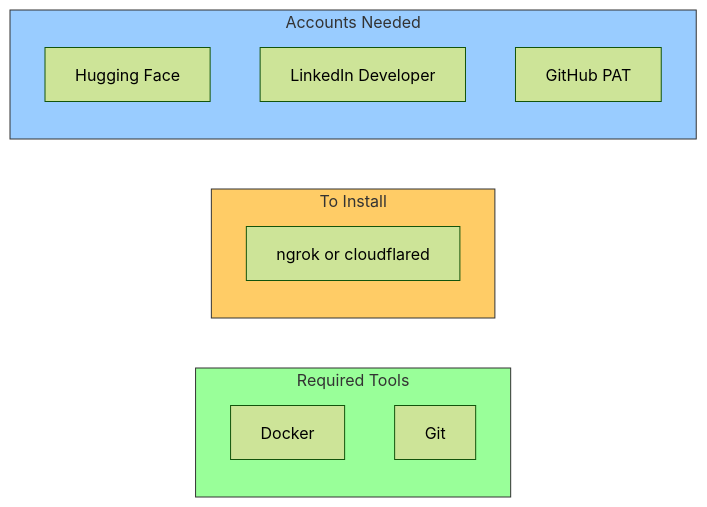
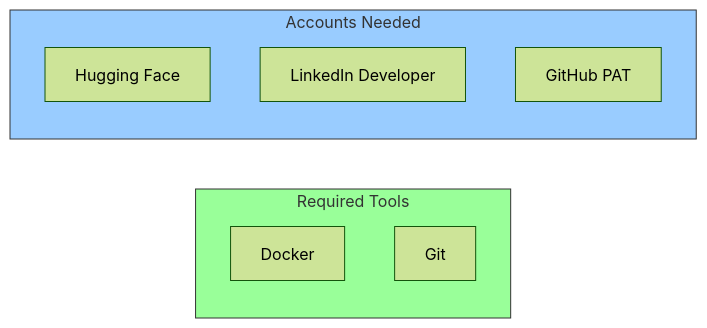
Before and after one commit to thatsmeadarsh/n8n-powered-auto-web-publish: the first of 2 diagrams in docs/setup-guide.md, drawn with Mermaid (forest theme). The commit also changed other lines of this file and 4 other files, not shown here.

````diff
--- a/docs/setup-guide.md
+++ b/docs/setup-guide.md
@@ -18,21 +17,16 @@
 ```mermaid
 graph LR
     subgraph Required["Required Tools"]
         D[Docker]
         G[Git]
-    end
-
-    subgraph Install["To Install"]
-        NG[ngrok or cloudflared]
     end
 
     subgraph Accounts["Accounts Needed"]
         HF[Hugging Face]
         LI[LinkedIn Developer]
         GH[GitHub PAT]
     end
 
     style Required fill:#99ff99,stroke:#333
-    style Install fill:#ffcc66,stroke:#333
     style Accounts fill:#99ccff,stroke:#333
 ```
````
